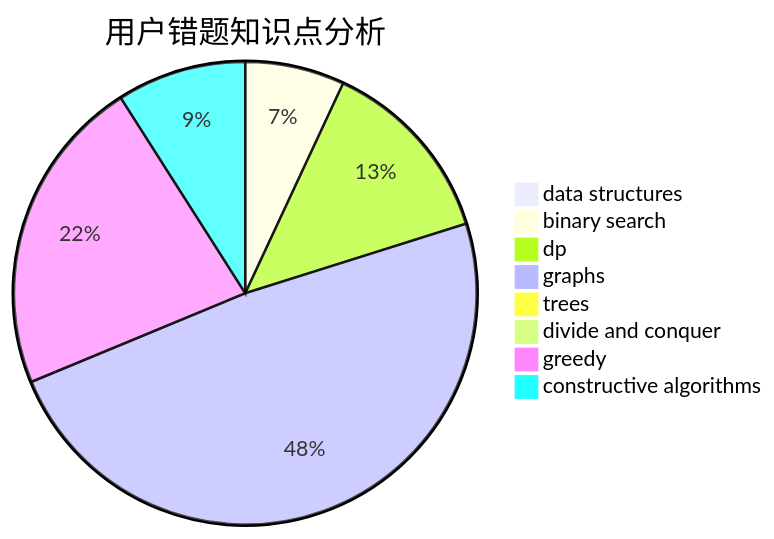
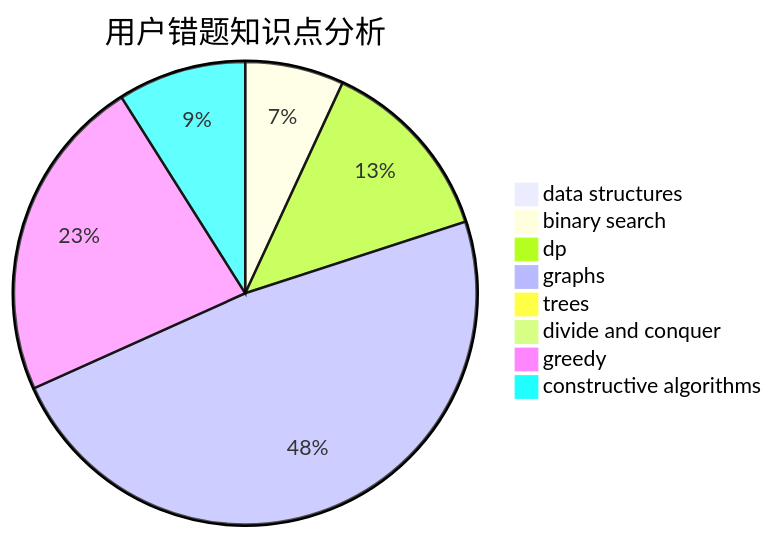
Before and after one commit to sherpahu/cfrs.github.io: the third of 3 diagrams in docs/user/u87.md, drawn with Mermaid. The commit also changed other lines of this file and 2770 other files, not shown here.

````diff
--- a/docs/user/u87.md
+++ b/docs/user/u87.md
@@ -36,11 +36,11 @@
 ```mermaid
 pie title 用户错题知识点分析
     "data structures" :  1
     "binary search" :  10
     "dp" :  19
     "graphs" :  70
     "trees" :  0
     "divide and conquer" :  0
-    "greedy" :  32
+    "greedy" :  33
     "constructive algorithms" :  13
 ```
````
